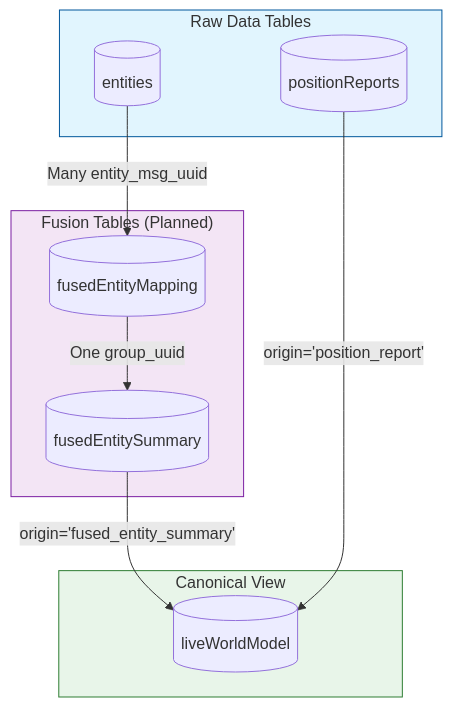
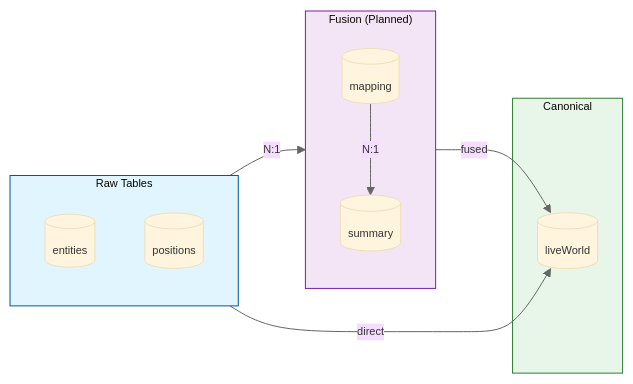
One commit to ericpauls/disco_workspace changed the fourth of 6 diagrams in docs/data-architecture-erd.md. Above: the diagram before and after it, drawn with Mermaid. The commit also changed other lines of this file and 1 other file, not shown here.

First line of the commit message:
docs: Improve architecture diagram readability

````diff
--- a/docs/data-architecture-erd.md
+++ b/docs/data-architecture-erd.md
@@ -183,26 +145,32 @@
 ```mermaid
-flowchart TB
-    subgraph Raw["Raw Data Tables"]
-        E[(entities)]
-        P[(positionReports)]
+%%{init: {'theme': 'base', 'themeVariables': { 'lineColor': '#666', 'fontSize': '11px'}}}%%
+flowchart LR
+    subgraph raw["Raw Tables"]
+        direction TB
+        e[("entities")]
+        p[("positions")]
     end
 
-    subgraph Fusion["Fusion Tables (Planned)"]
-        FEM[(fusedEntityMapping)]
-        FES[(fusedEntitySummary)]
+    subgraph fusion["Fusion (Planned)"]
+        direction TB
+        fem[("mapping")]
+        fes[("summary")]
     end
 
-    subgraph Canonical["Canonical View"]
-        LW[(liveWorldModel)]
+    subgraph canon["Canonical"]
+        lw[("liveWorld")]
     end
 
-    E -->|"Many entity_msg_uuid"| FEM
-    FEM -->|"One group_uuid"| FES
-    FES -->|"origin='fused_entity_summary'"| LW
+    e -->|N:1| fem
+    fem -->|N:1| fes
+    fes -->|fused| lw
+    p -->|direct| lw
 
-    P -->|"origin='position_report'"| LW
+    classDef rawStyle fill:#e1f5fe,stroke:#01579b
+    classDef fusionStyle fill:#f3e5f5,stroke:#7b1fa2
+    classDef canonStyle fill:#e8f5e9,stroke:#2e7d32
 
-    style Raw fill:#e1f5fe,stroke:#01579b
-    style Fusion fill:#f3e5f5,stroke:#7b1fa2
-    style Canonical fill:#e8f5e9,stroke:#2e7d32
+    class raw rawStyle
+    class fusion fusionStyle
+    class canon canonStyle
 ```
````
